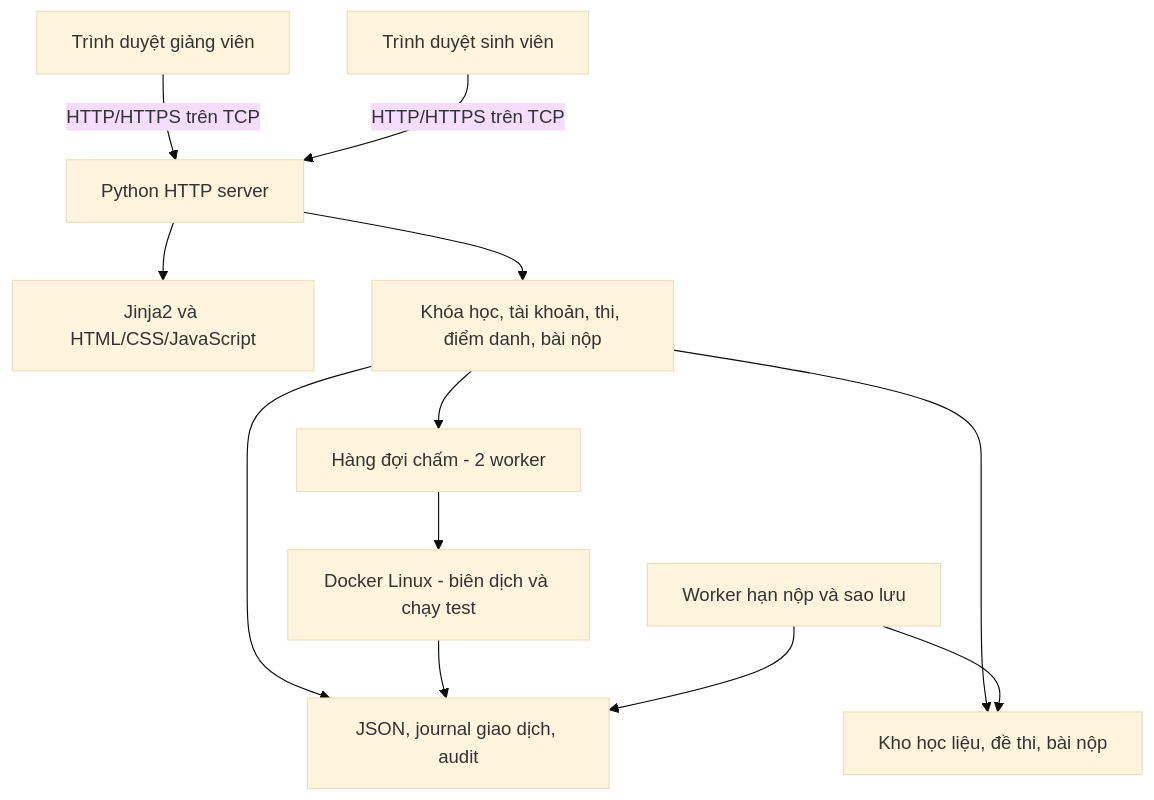
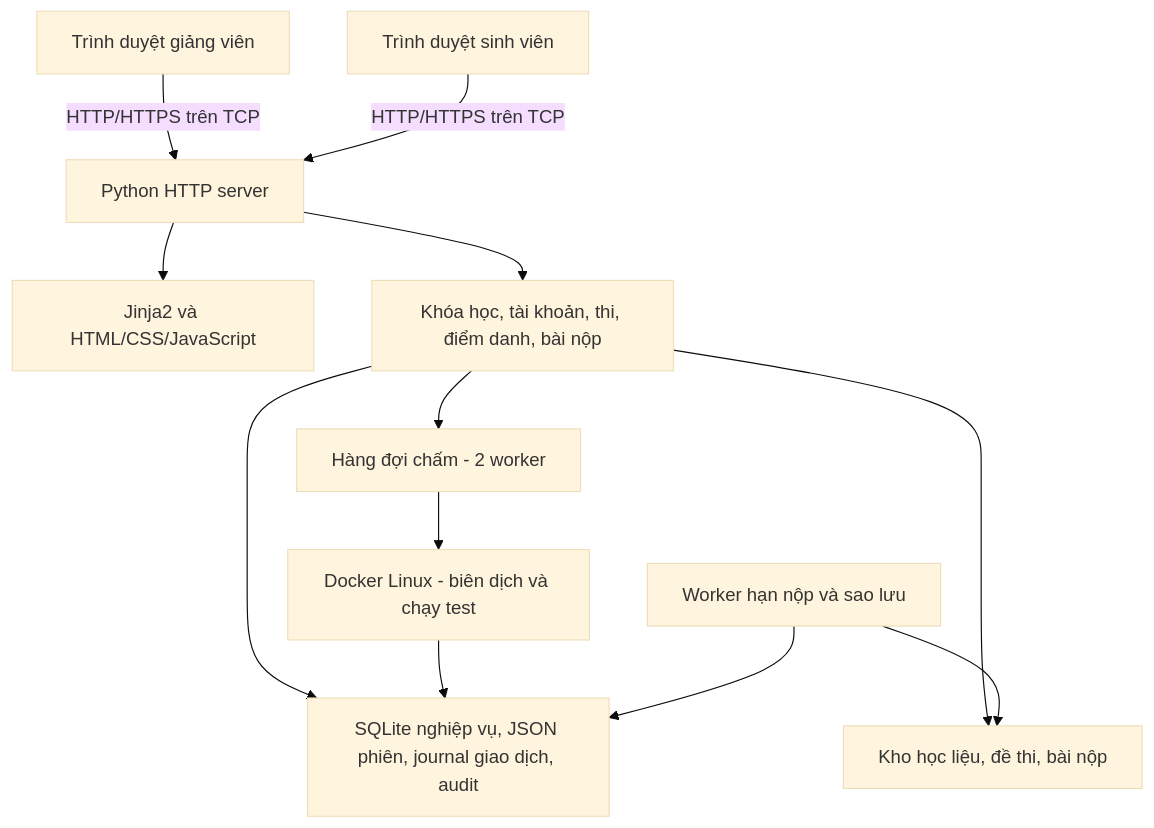
Before and after one commit to VQuyy-1458/Nhom15_LMSLAN_Source: the first of 2 diagrams in README.md, drawn with Mermaid (base theme). The commit also changed other lines of this file and 39 other files, not shown here.

````diff
--- a/README.md
+++ b/README.md
@@ -138,14 +139,14 @@
 ```mermaid
 flowchart TD
     A[Trình duyệt giảng viên] -->|HTTP/HTTPS trên TCP| S
     B[Trình duyệt sinh viên] -->|HTTP/HTTPS trên TCP| S
     S[Python HTTP server] --> T[Jinja2 và HTML/CSS/JavaScript]
     S --> L[Khóa học, tài khoản, thi, điểm danh, bài nộp]
-    L --> D[JSON, journal giao dịch, audit]
+    L --> D[SQLite nghiệp vụ, JSON phiên, journal giao dịch, audit]
     L --> F[Kho học liệu, đề thi, bài nộp]
     L --> Q[Hàng đợi chấm - 2 worker]
     Q --> C[Docker Linux - biên dịch và chạy test]
     C --> D
     W[Worker hạn nộp và sao lưu] --> D
     W --> F
 ```
````
